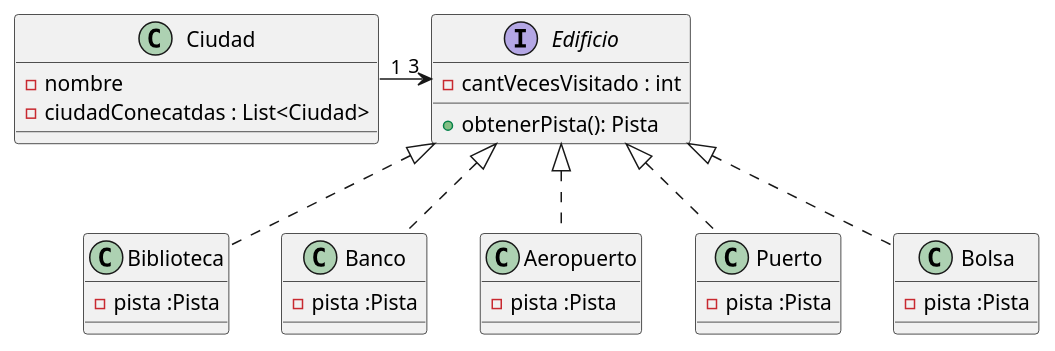
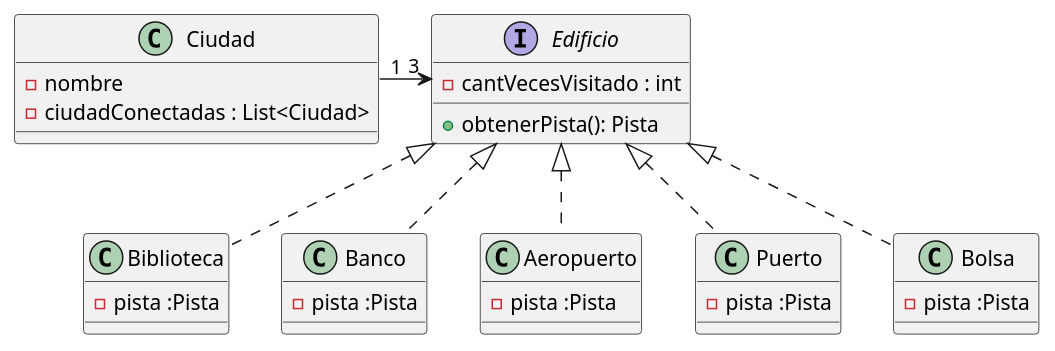
The diagram in diagrams/classes/dc_ciudad.plantuml (SeleneMartinez/Algo3_AlgoThief), drawn with PlantUML before and after one commit.

Commit message:
Modified dc_ciudad

```diff
--- a/diagrams/classes/dc_ciudad.plantuml
+++ b/diagrams/classes/dc_ciudad.plantuml
@@ -1,42 +1,42 @@
 @startuml
 class Ciudad
 {
     - nombre
-    - ciudadConecatdas : List<Ciudad>
+    - ciudadConectadas : List<Ciudad>
 }
 interface Edificio
 {
     -cantVecesVisitado : int
     + obtenerPista(): Pista
 }
 
 class Biblioteca
 {
     -pista :Pista
 }
 
 class Banco
 {
     -pista :Pista
 }
 
 class Aeropuerto
 {
     -pista :Pista
 }
 class Puerto
 {
     -pista :Pista
 }
 class Bolsa
 {
     -pista :Pista
 }
 
 Edificio<|.. Bolsa
 Edificio<|.. Banco
 Edificio<|.. Aeropuerto
 Edificio<|.. Puerto
 Edificio<|.. Biblioteca
 Ciudad "1"-> "3"  Edificio
 @enduml
```
